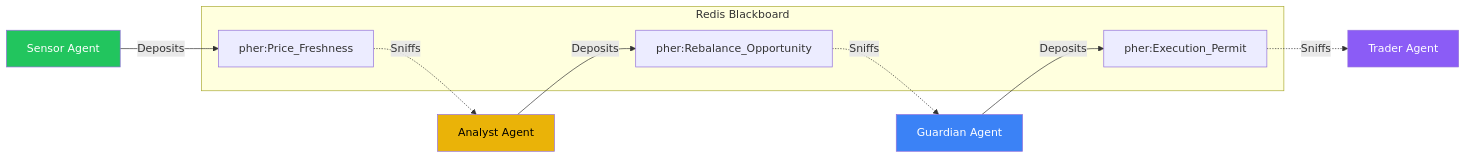
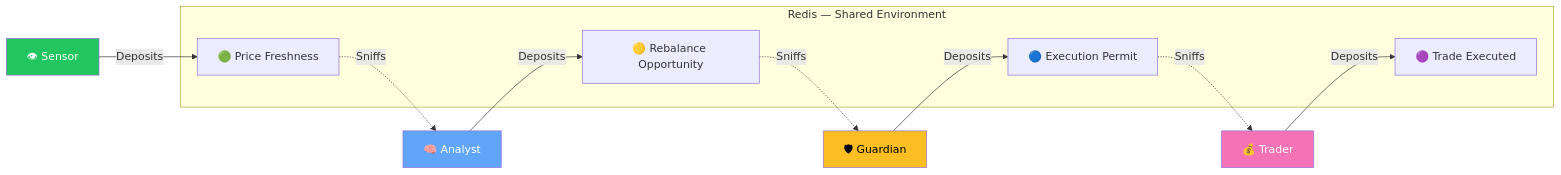
The diagram in README.md (hiteshdundi01/DriftGuard), drawn with Mermaid before and after one commit. The commit also changed other lines of this file and 4 other files, not shown here.

Commit message:
feat: Implement a new React dashboard with agent status, event logs, and drift charts, and update README with detailed system and dashboard documentation.

````diff
--- a/README.md
+++ b/README.md
@@ -47,20 +49,22 @@
 ```mermaid
 graph LR
-    subgraph Environment [Redis Blackboard]
-        P1[pher:Price_Freshness]
-        P2[pher:Rebalance_Opportunity]
-        P3[pher:Execution_Permit]
+    subgraph Blackboard [Redis — Shared Environment]
+        P1[🟢 Price Freshness]
+        P2[🟡 Rebalance Opportunity]
+        P3[🔵 Execution Permit]
+        P4[🟣 Trade Executed]
     end
 
-    S[Sensor Agent] -->|Deposits| P1
-    P1 -.->|Sniffs| A[Analyst Agent]
+    S[👁 Sensor] -->|Deposits| P1
+    P1 -.->|Sniffs| A[🧠 Analyst]
     A -->|Deposits| P2
-    P2 -.->|Sniffs| G[Guardian Agent]
+    P2 -.->|Sniffs| G[🛡 Guardian]
     G -->|Deposits| P3
-    P3 -.->|Sniffs| T[Trader Agent]
-    
+    P3 -.->|Sniffs| T[💰 Trader]
+    T -->|Deposits| P4
+
     style S fill:#22c55e,color:white
-    style A fill:#eab308,color:black
-    style G fill:#3b82f6,color:white
-    style T fill:#8b5cf6,color:white
+    style A fill:#60a5fa,color:white
+    style G fill:#fbbf24,color:black
+    style T fill:#f472b6,color:white
 ```
````
